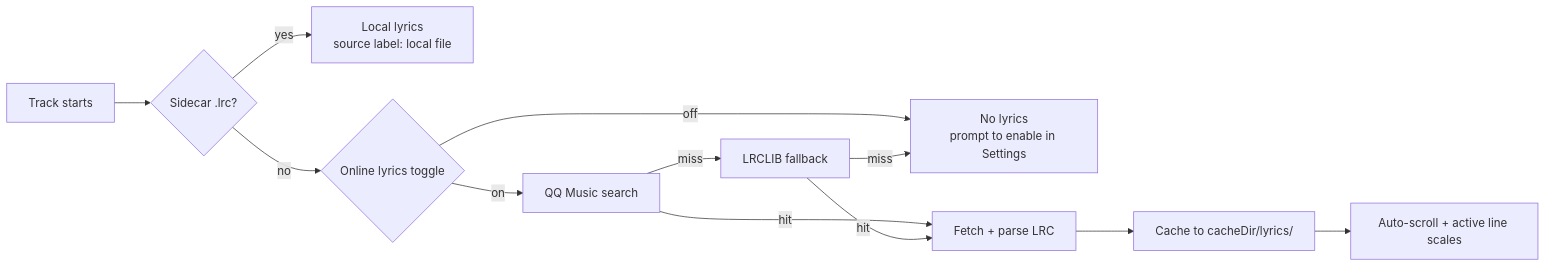
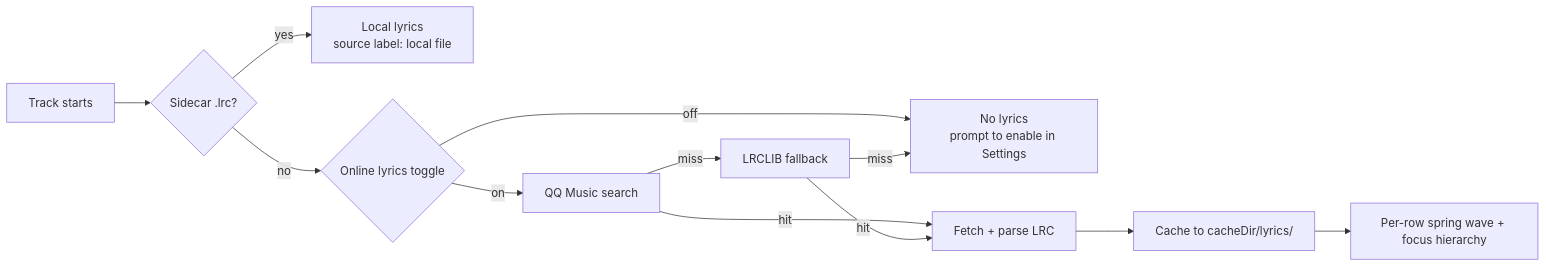
The first of 2 diagrams in README.en.md (Sanye223/Melody-Retro), drawn with Mermaid before and after one commit. The commit also changed other lines of this file and 9 other files, not shown here.

````diff
--- a/README.en.md
+++ b/README.en.md
@@ -71,14 +73,14 @@
 ```mermaid
 flowchart LR
     A[Track starts] --> B{"Sidecar .lrc?"}
     B -->|yes| C["Local lyrics<br/>source label: local file"]
     B -->|no| D{Online lyrics toggle}
     D -->|off| E["No lyrics<br/>prompt to enable in Settings"]
     D -->|on| F[QQ Music search]
     F -->|hit| G[Fetch + parse LRC]
     F -->|miss| H[LRCLIB fallback]
     H -->|hit| G
     H -->|miss| E
     G --> I["Cache to cacheDir/lyrics/"]
-    I --> J[Auto-scroll + active line scales]
+    I --> J[Per-row spring wave + focus hierarchy]
 ```
````
